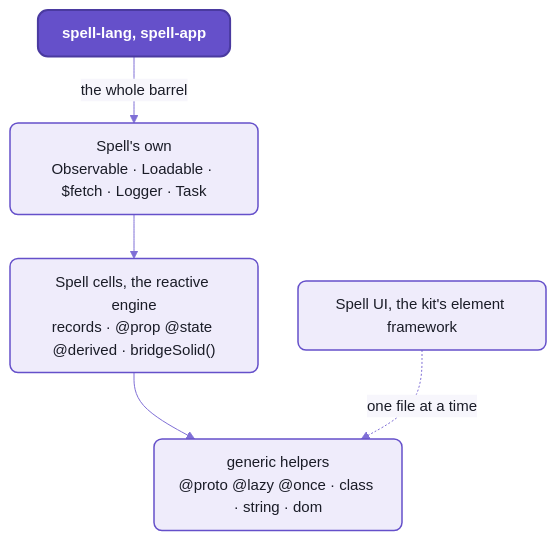
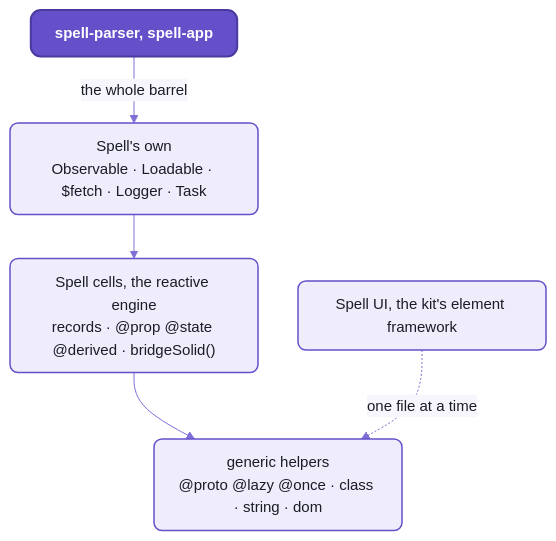
One commit to spell-app/spell changed the first of 2 diagrams in README-util.md. Above: the diagram before and after it, drawn with Mermaid. The commit also changed other lines of this file and 225 other files, not shown here.

````diff
--- a/README-util.md
+++ b/README-util.md
@@ -67,14 +67,14 @@
 ```mermaid
 %%{init: {"theme":"base","themeVariables":{"fontFamily":"-apple-system, BlinkMacSystemFont, Segoe UI, Helvetica, Arial, sans-serif","fontSize":"15px","primaryColor":"#EFECFB","primaryBorderColor":"#6550CA","primaryTextColor":"#1A1C27","secondaryColor":"#F4F1E9","tertiaryColor":"#F7F6FC","lineColor":"#7F6FD6","textColor":"#7F6FD6","clusterBkg":"#F7F6FC","clusterBorder":"#B9B0E8","titleColor":"#1A1C27","edgeLabelBackground":"#F7F6FC","actorBkg":"#EFECFB","actorBorder":"#6550CA","actorTextColor":"#1A1C27","actorLineColor":"#9C90DE","signalColor":"#7F6FD6","signalTextColor":"#7F6FD6","labelBoxBkgColor":"#EFECFB","labelBoxBorderColor":"#6550CA","labelTextColor":"#1A1C27","loopTextColor":"#7F6FD6","noteBkgColor":"#F1E7D4","noteBorderColor":"#C9B48A","noteTextColor":"#1A1C27","activationBkgColor":"#DCD6F7","activationBorderColor":"#6550CA","sequenceNumberColor":"#FFFFFF"},"flowchart":{"curve":"basis","padding":12,"nodeSpacing":40,"rankSpacing":44}}}%%
 flowchart TB
   spell["Spell's own<br/>Observable · Loadable · $fetch · Logger · Task"]
   reactive["Spell cells, the reactive engine<br/>records · @prop @state @derived · bridgeSolid()"]
   generic["generic helpers<br/>@proto @lazy @once · class · string · dom"]
   spell --> reactive --> generic
   ui["Spell UI, the kit's element framework"] -. "one file at a time" .-> generic
-  lang["spell-lang, spell-app"] -- "the whole barrel" --> spell
+  lang["spell-parser, spell-app"] -- "the whole barrel" --> spell
   %% the Spell look:  yarn mermaid:pretty
   classDef default fill:#EFECFB,stroke:#6550CA,stroke-width:1.5px,color:#1A1C27,rx:8px,ry:8px
   classDef repo fill:#6550CA,stroke:#4A3AA0,stroke-width:2px,color:#FFFFFF,rx:10px,ry:10px,font-weight:600
   class lang repo
 ```
````
